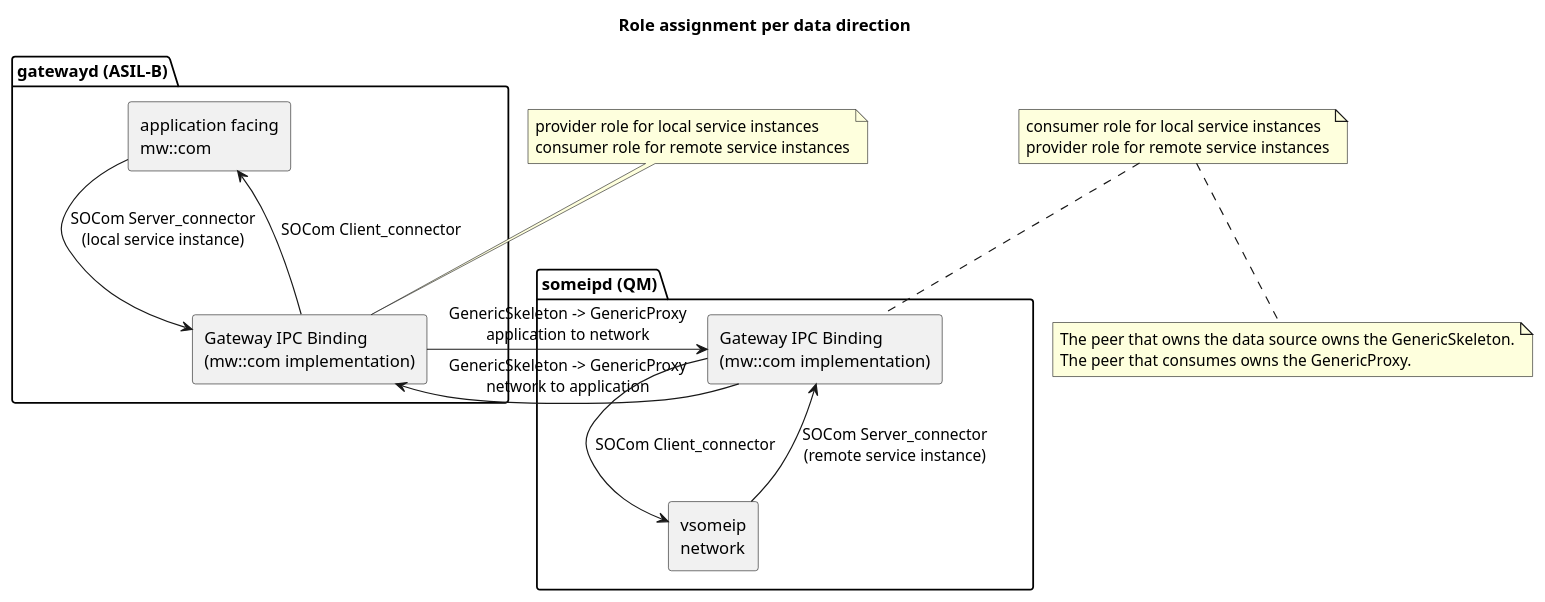
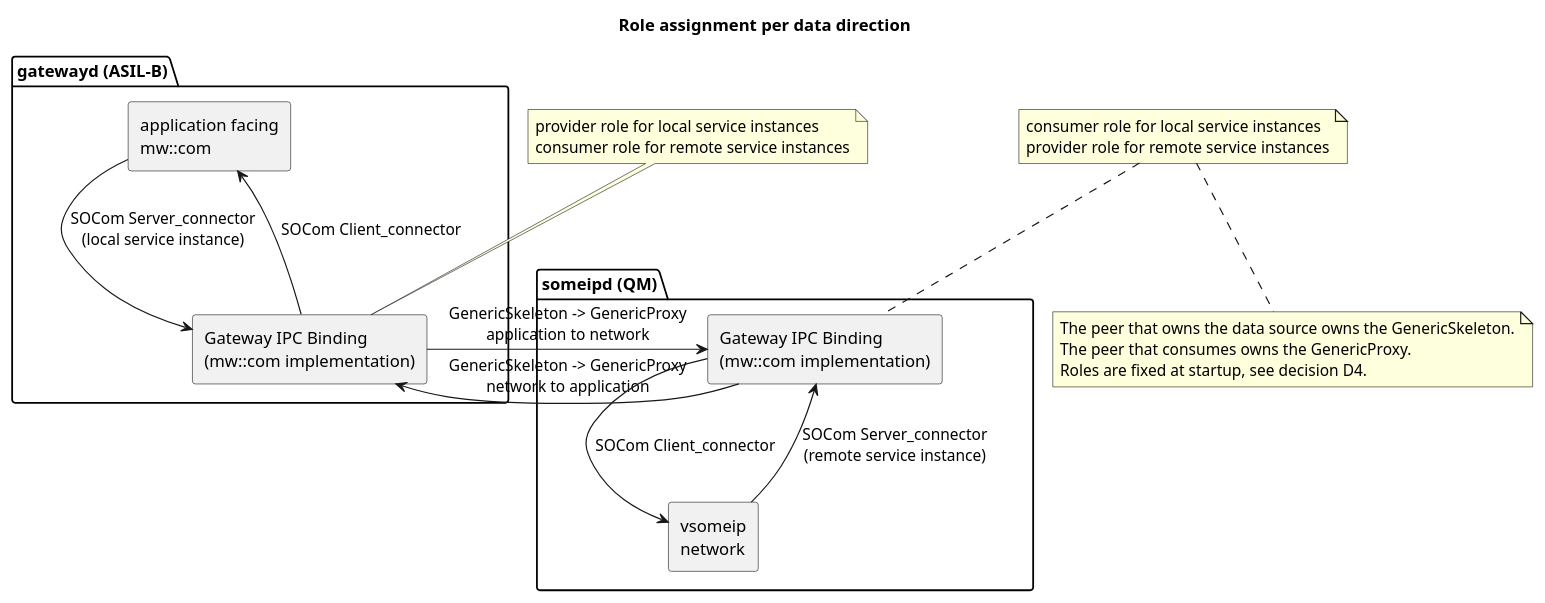
Before and after one commit to eclipse-score/inc_someip_gateway: the diagram in score/gateway_ipc_binding/docs/models/mw_com_service_role_mapping.puml, drawn with PlantUML. The commit also changed 4 other files, not shown here.

Commit message:
docs(gateway_ipc_binding): restore baseline threading section and PlantUML models

```diff
--- a/score/gateway_ipc_binding/docs/models/mw_com_service_role_mapping.puml
+++ b/score/gateway_ipc_binding/docs/models/mw_com_service_role_mapping.puml
@@ -14,38 +14,39 @@
 @startuml
 title Role assignment per data direction
 
 skinparam componentStyle rectangle
 
 package "gatewayd (ASIL-B)" {
   component "application facing\nmw::com" as gw_app
   component "Gateway IPC Binding\n(mw::com implementation)" as gw_bind
 }
 
 package "someipd (QM)" {
   component "Gateway IPC Binding\n(mw::com implementation)" as sd_bind
   component "vsomeip\nnetwork" as sd_net
 }
 
 note top of gw_bind
   provider role for local service instances
   consumer role for remote service instances
 end note
 
 note top of sd_bind
   consumer role for local service instances
   provider role for remote service instances
 end note
 
 gw_app -down-> gw_bind : SOCom Server_connector\n(local service instance)
 gw_bind -right-> sd_bind : GenericSkeleton -> GenericProxy\napplication to network
 sd_bind -down-> sd_net : SOCom Client_connector
 
 sd_net -up-> sd_bind : SOCom Server_connector\n(remote service instance)
 sd_bind -left-> gw_bind : GenericSkeleton -> GenericProxy\nnetwork to application
 gw_bind -up-> gw_app : SOCom Client_connector
 
 note bottom
   The peer that owns the data source owns the GenericSkeleton.
   The peer that consumes owns the GenericProxy.
+  Roles are fixed at startup, see decision D4.
 end note
 @enduml
```
